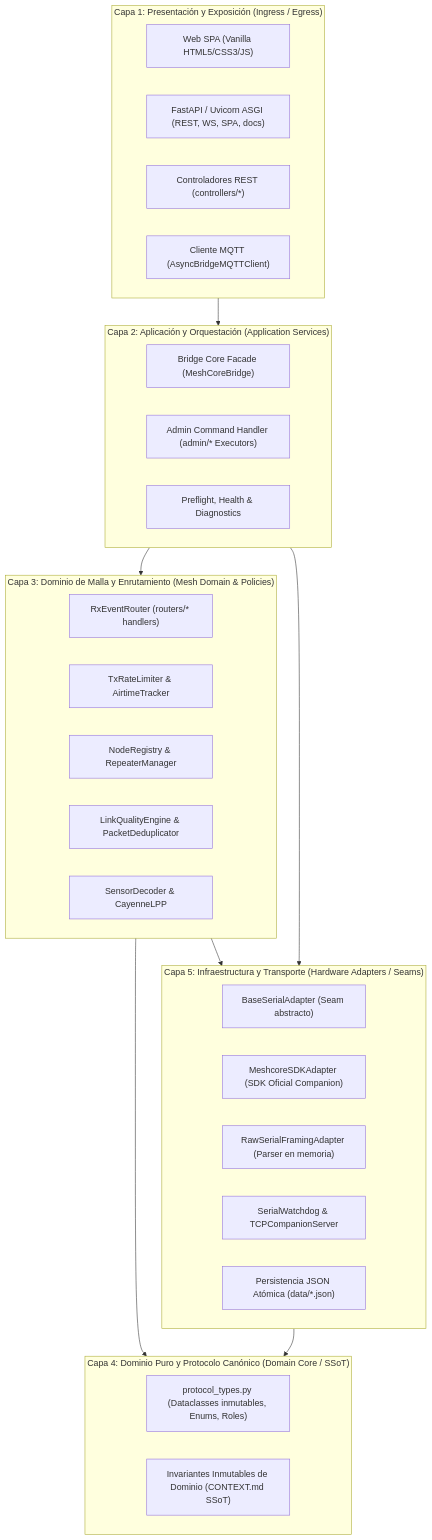
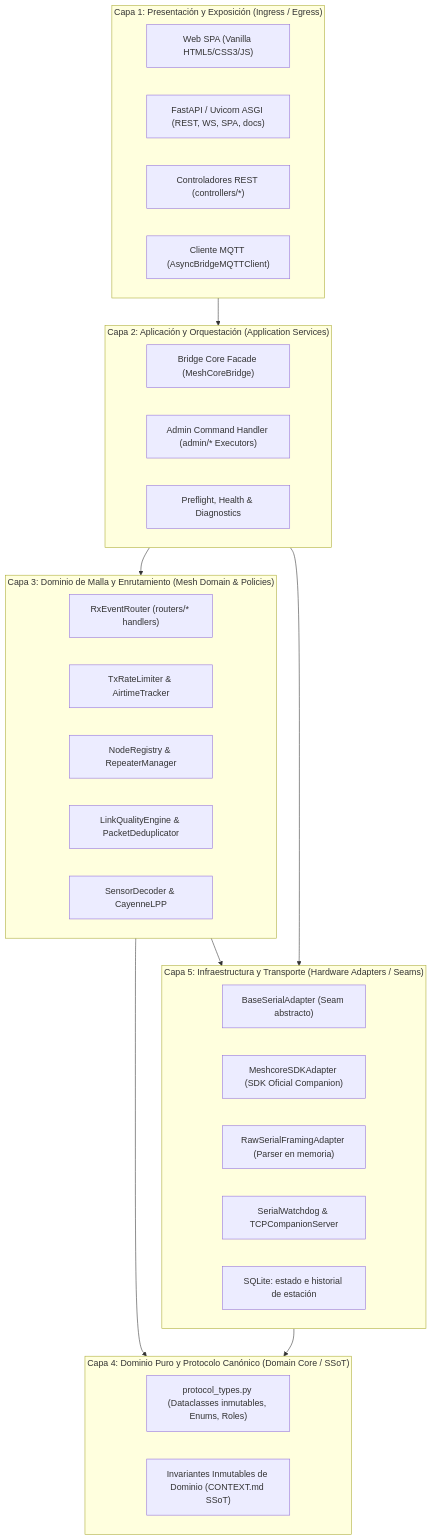
One commit to cyber89/meshcore-bridge-client changed the first of 7 diagrams in docs/ARCHITECTURE.md. Above: the diagram before and after it, drawn with Mermaid. The commit also changed other lines of this file and 63 other files, not shown here.

````diff
--- a/docs/ARCHITECTURE.md
+++ b/docs/ARCHITECTURE.md
@@ -39,48 +39,48 @@
 ```mermaid
 flowchart TB
     subgraph L1 ["Capa 1: Presentación y Exposición (Ingress / Egress)"]
         direction LR
         UI["Web SPA (Vanilla HTML5/CSS3/JS)"]
         HTTP["FastAPI / Uvicorn ASGI (REST, WS, SPA, docs)"]
         Controllers["Controladores REST (controllers/*)"]
         MQTT_Ext["Cliente MQTT (AsyncBridgeMQTTClient)"]
     end
 
     subgraph L2 ["Capa 2: Aplicación y Orquestación (Application Services)"]
         direction LR
         Facade["Bridge Core Facade (MeshCoreBridge)"]
         AdminHandler["Admin Command Handler (admin/* Executors)"]
         Lifecycle["Preflight, Health & Diagnostics"]
     end
 
     subgraph L3 ["Capa 3: Dominio de Malla y Enrutamiento (Mesh Domain & Policies)"]
         direction LR
         Router["RxEventRouter (routers/* handlers)"]
         RateLimiter["TxRateLimiter & AirtimeTracker"]
         Managers["NodeRegistry & RepeaterManager"]
         Engines["LinkQualityEngine & PacketDeduplicator"]
         Decoders["SensorDecoder & CayenneLPP"]
     end
 
     subgraph L4 ["Capa 4: Dominio Puro y Protocolo Canónico (Domain Core / SSoT)"]
         direction LR
         ProtTypes["protocol_types.py (Dataclasses inmutables, Enums, Roles)"]
         Invariants["Invariantes Inmutables de Dominio (CONTEXT.md SSoT)"]
     end
 
     subgraph L5 ["Capa 5: Infraestructura y Transporte (Hardware Adapters / Seams)"]
         direction LR
         BaseAdapter["BaseSerialAdapter (Seam abstracto)"]
         SDKAdapter["MeshcoreSDKAdapter (SDK Oficial Companion)"]
         RawAdapter["RawSerialFramingAdapter (Parser en memoria)"]
         Drivers["SerialWatchdog & TCPCompanionServer"]
-        Storage["Persistencia JSON Atómica (data/*.json)"]
+        Storage["SQLite: estado e historial de estación"]
     end
 
     L1 --> L2
     L2 --> L3
     L3 --> L4
     L2 --> L5
     L3 --> L5
     L5 --> L4
 ```
````
